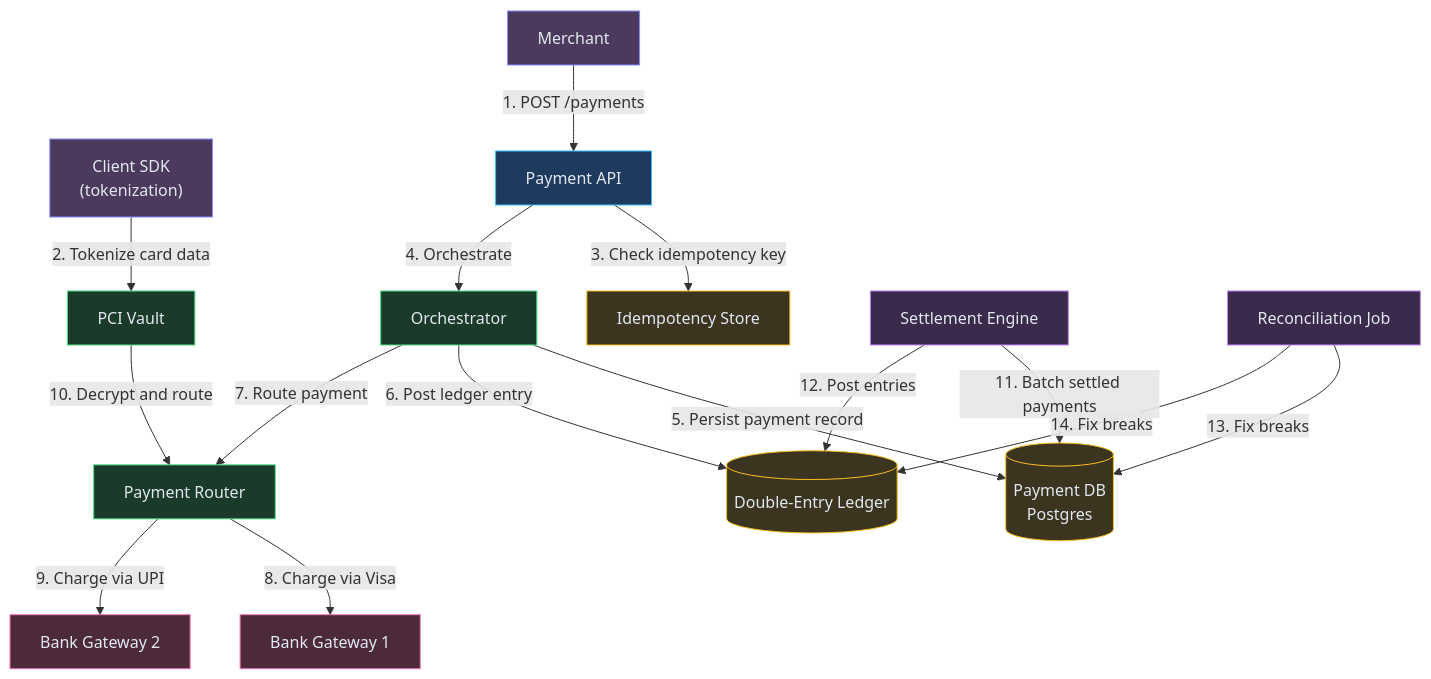
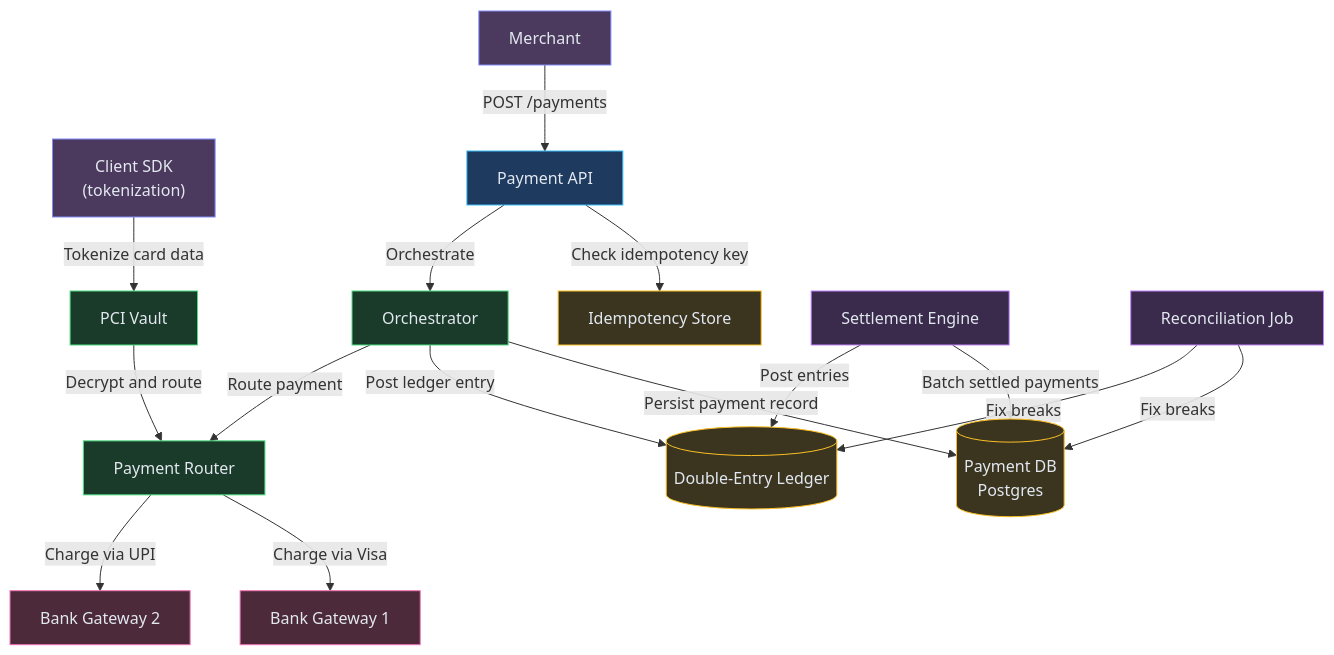
The sixth of 6 diagrams in content/hld/PaymentSystem.md (iluzn/HLD-Designs), drawn with Mermaid before and after one commit. The commit also changed 26 other files, not shown here.

First line of the commit message:
fix(hld): Remove confusing number prefixes from final architecture diagrams

````diff
--- a/content/hld/PaymentSystem.md
+++ b/content/hld/PaymentSystem.md
@@ -392,38 +392,38 @@
 ```mermaid
 flowchart TD
     MERCHANT["Merchant"]:::client
     SDK["Client SDK<br/>(tokenization)"]:::client
     API["Payment API"]:::edge
     IDEMP["Idempotency Store"]:::data
     ORCH["Orchestrator"]:::service
     DB[("Payment DB<br/>Postgres")]:::data
     LEDGER[("Double-Entry Ledger")]:::data
     ROUTER["Payment Router"]:::service
     BANK1["Bank Gateway 1"]:::external
     BANK2["Bank Gateway 2"]:::external
     VAULT["PCI Vault"]:::service
     SETTLE["Settlement Engine"]:::async
     RECON["Reconciliation Job"]:::async
 
-    MERCHANT -->|"1. POST /payments"| API
-    SDK -->|"2. Tokenize card data"| VAULT
-    API -->|"3. Check idempotency key"| IDEMP
-    API -->|"4. Orchestrate"| ORCH
-    ORCH -->|"5. Persist payment record"| DB
-    ORCH -->|"6. Post ledger entry"| LEDGER
-    ORCH -->|"7. Route payment"| ROUTER
-    ROUTER -->|"8. Charge via Visa"| BANK1
-    ROUTER -->|"9. Charge via UPI"| BANK2
-    VAULT -->|"10. Decrypt and route"| ROUTER
-    SETTLE -->|"11. Batch settled payments"| DB
-    SETTLE -->|"12. Post entries"| LEDGER
-    RECON -->|"13. Fix breaks"| DB
-    RECON -->|"14. Fix breaks"| LEDGER
+    MERCHANT -->|"POST /payments"| API
+    SDK -->|"Tokenize card data"| VAULT
+    API -->|"Check idempotency key"| IDEMP
+    API -->|"Orchestrate"| ORCH
+    ORCH -->|"Persist payment record"| DB
+    ORCH -->|"Post ledger entry"| LEDGER
+    ORCH -->|"Route payment"| ROUTER
+    ROUTER -->|"Charge via Visa"| BANK1
+    ROUTER -->|"Charge via UPI"| BANK2
+    VAULT -->|"Decrypt and route"| ROUTER
+    SETTLE -->|"Batch settled payments"| DB
+    SETTLE -->|"Post entries"| LEDGER
+    RECON -->|"Fix breaks"| DB
+    RECON -->|"Fix breaks"| LEDGER
 
     classDef client fill:#4c3a5e,stroke:#818cf8,color:#e2e8f0
     classDef edge fill:#1e3a5f,stroke:#38bdf8,color:#e2e8f0
     classDef service fill:#1a3a2a,stroke:#4ade80,color:#e2e8f0
     classDef data fill:#3b3520,stroke:#fbbf24,color:#e2e8f0
     classDef async fill:#3a2a4c,stroke:#c084fc,color:#e2e8f0
     classDef external fill:#4c2a3a,stroke:#f472b6,color:#e2e8f0
 ```
````
